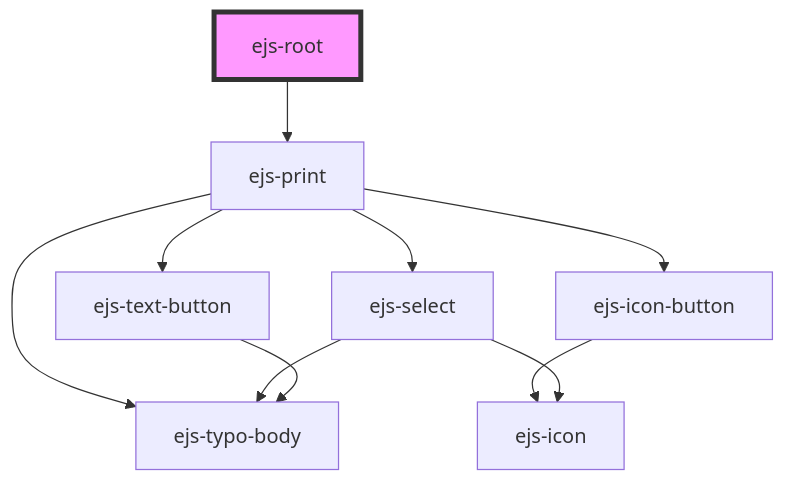
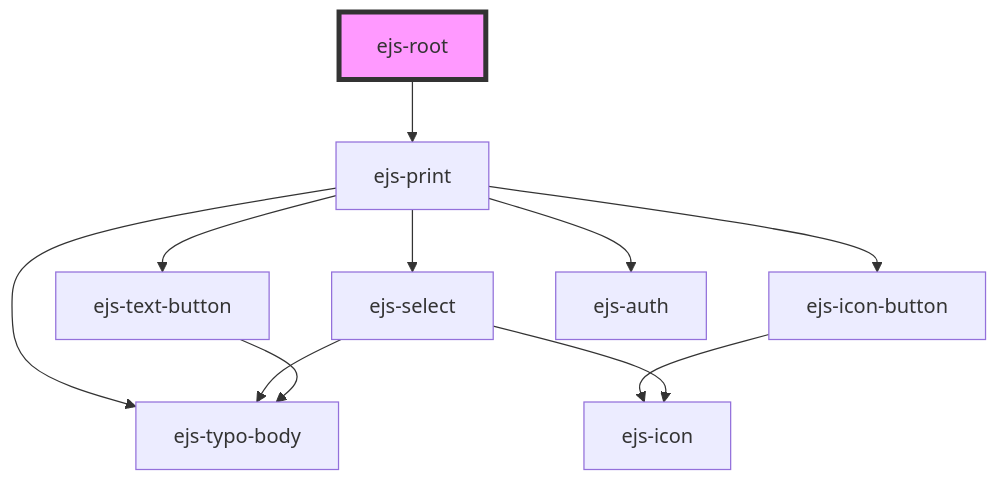
One commit to ezeep/ezeep-js changed the diagram in src/components/ejs-root/readme.md. Above: the diagram before and after it, drawn with Mermaid. The commit also changed other lines of this file and 14 other files, not shown here.

````diff
--- a/src/components/ejs-root/readme.md
+++ b/src/components/ejs-root/readme.md
@@ -44,13 +38,14 @@
 ```mermaid
 graph TD;
   ejs-root --> ejs-print
   ejs-print --> ejs-typo-body
   ejs-print --> ejs-icon-button
   ejs-print --> ejs-select
   ejs-print --> ejs-text-button
+  ejs-print --> ejs-auth
   ejs-icon-button --> ejs-icon
   ejs-select --> ejs-icon
   ejs-select --> ejs-typo-body
   ejs-text-button --> ejs-typo-body
   style ejs-root fill:#f9f,stroke:#333,stroke-width:4px
 ```
````
